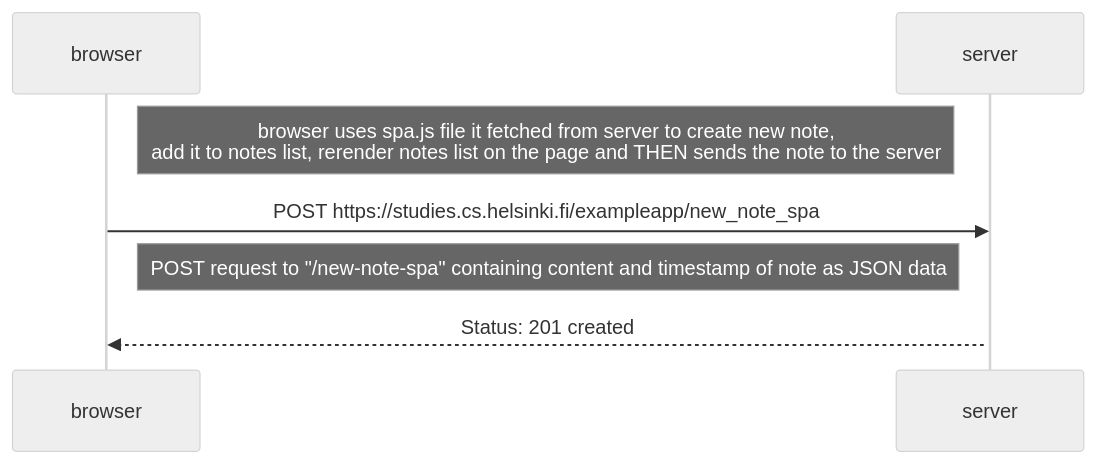
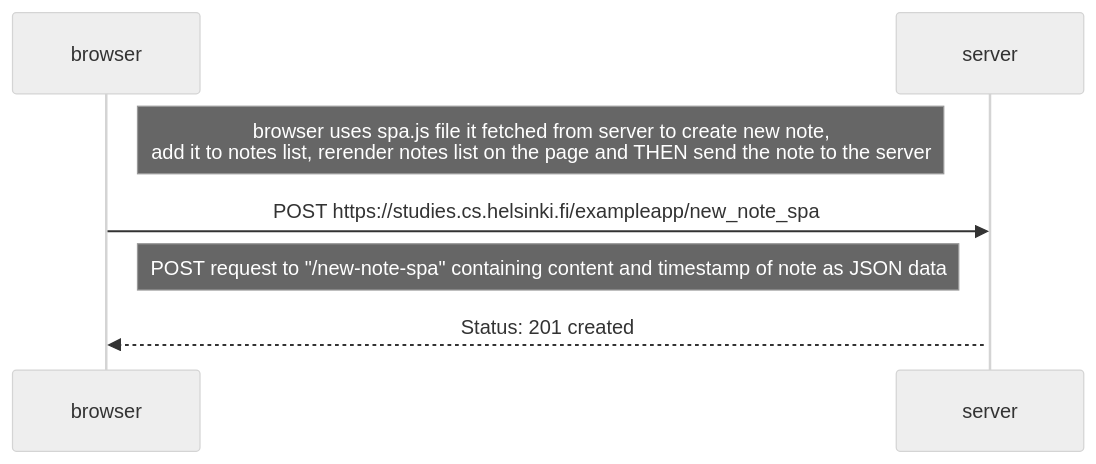
The diagram in part0/0-6.md (valli259/Fullstack-exercises), drawn with Mermaid (neutral theme) before and after one commit.

````diff
--- a/part0/0-6.md
+++ b/part0/0-6.md
@@ -1,13 +1,13 @@
 ```mermaid
 sequenceDiagram
 participant browser
 participant server
-Note right of browser: browser uses spa.js file it fetched from server to create new note, <br>add it to notes list, rerender notes list on the page and THEN sends the note to the server
+Note right of browser: browser uses spa.js file it fetched from server to create new note, <br>add it to notes list, rerender notes list on the page and THEN send the note to the server
 browser->>server: POST https://studies.cs.helsinki.fi/exampleapp/new_note_spa
 Note right of browser: POST request to "/new-note-spa" containing content and timestamp of note as JSON data
 activate server
 server-->>browser: Status: 201 created
 
 
 
 ```
````
